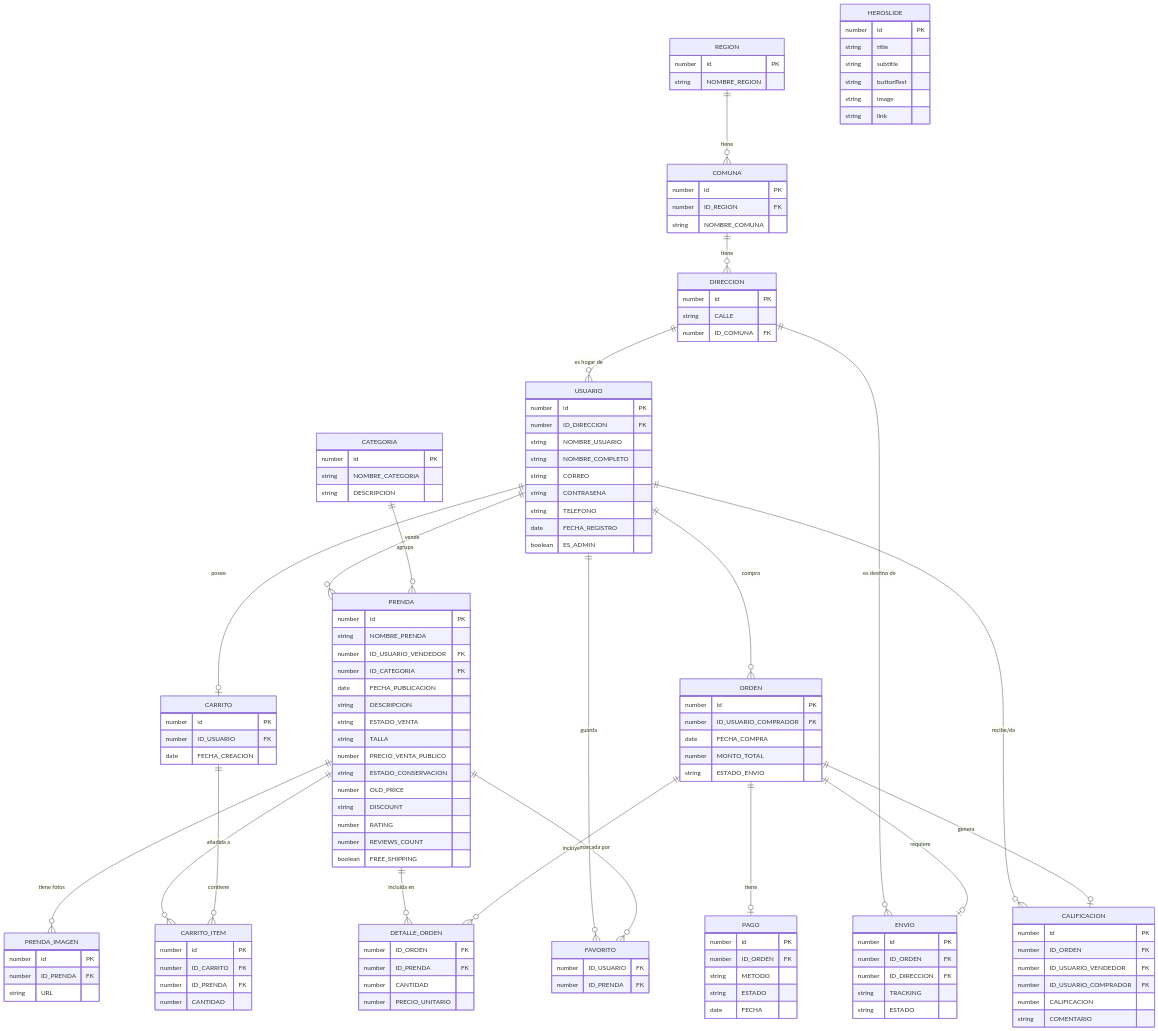
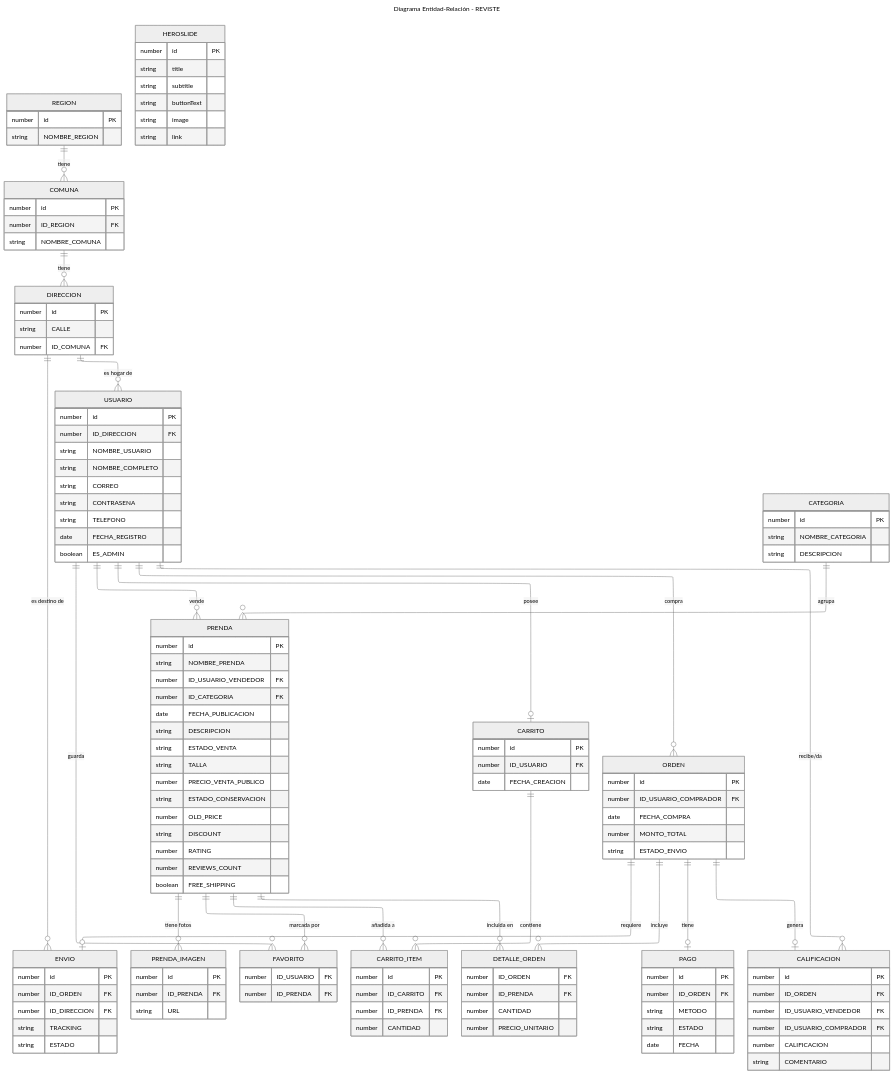
One commit to Rouchant/Reviste changed the third of 3 diagrams in README.md. Above: the diagram before and after it, drawn with Mermaid.

Commit message:
docs: refactor ER diagram in README to improve layout and entity organization

````diff
--- a/README.md
+++ b/README.md
@@ -95,5 +95,54 @@
 ```mermaid
+---
+title: Diagrama Entidad-Relación - REVISTE
+config:
+  layout: elk
+  theme: neutral
+  er:
+    layoutDirection: TB
+    entityPadding: 15
+    minEntityWidth: 160
+---
 erDiagram
+    direction TB
+
+    %% ==========================================
+    %% RELACIONES (ORDENADAS PARA FLUJO VERTICAL)
+    %% ==========================================
+    
+    %% Nivel 1: Localización
+    REGION ||--o{ COMUNA : "tiene"
+    COMUNA ||--o{ DIRECCION : "tiene"
+    DIRECCION ||--o{ USUARIO : "es hogar de"
+    DIRECCION ||--o{ ENVIO : "es destino de"
+
+    %% Nivel 2: Identidad y Catálogo
+    USUARIO ||--o{ PRENDA : "vende"
+    CATEGORIA ||--o{ PRENDA : "agrupa"
+    PRENDA ||--o{ PRENDA_IMAGEN : "tiene fotos"
+    
+    %% Nivel 3: Interacción Social y Carrito
+    USUARIO ||--o{ FAVORITO : "guarda"
+    PRENDA ||--o{ FAVORITO : "marcada por"
+    USUARIO ||--o| CARRITO : "posee"
+    CARRITO ||--o{ CARRITO_ITEM : "contiene"
+    PRENDA ||--o{ CARRITO_ITEM : "añadida a"
+
+    %% Nivel 4: Transacción
+    USUARIO ||--o{ ORDEN : "compra"
+    ORDEN ||--o{ DETALLE_ORDEN : "incluye"
+    PRENDA ||--o{ DETALLE_ORDEN : "incluida en"
+    
+    %% Nivel 5: Post-Venta
+    ORDEN ||--o| PAGO : "tiene"
+    ORDEN ||--o| ENVIO : "requiere"
+    ORDEN ||--o| CALIFICACION : "genera"
+    USUARIO ||--o{ CALIFICACION : "recibe/da"
+
+    %% ==========================================
+    %% DEFINICIÓN COMPLETA DE ATRIBUTOS
+    %% ==========================================
+
     REGION {
         number id PK
         string NOMBRE_REGION
@@ -204,28 +253,4 @@
         string image
         string link
     }
-
-    REGION ||--o{ COMUNA : "tiene"
-    COMUNA ||--o{ DIRECCION : "tiene"
-    DIRECCION ||--o{ USUARIO : "es hogar de"
-    DIRECCION ||--o{ ENVIO : "es destino de"
-    
-    USUARIO ||--o{ PRENDA : "vende"
-    USUARIO ||--o| CARRITO : "posee"
-    USUARIO ||--o{ ORDEN : "compra"
-    USUARIO ||--o{ CALIFICACION : "recibe/da"
-    USUARIO ||--o{ FAVORITO : "guarda"
-    
-    CATEGORIA ||--o{ PRENDA : "agrupa"
-    PRENDA ||--o{ PRENDA_IMAGEN : "tiene fotos"
-    PRENDA ||--o{ CARRITO_ITEM : "añadida a"
-    PRENDA ||--o{ DETALLE_ORDEN : "incluida en"
-    PRENDA ||--o{ FAVORITO : "marcada por"
-    
-    CARRITO ||--o{ CARRITO_ITEM : "contiene"
-    
-    ORDEN ||--o{ DETALLE_ORDEN : "incluye"
-    ORDEN ||--o| PAGO : "tiene"
-    ORDEN ||--o| ENVIO : "requiere"
-    ORDEN ||--o| CALIFICACION : "genera"
 ```
````
